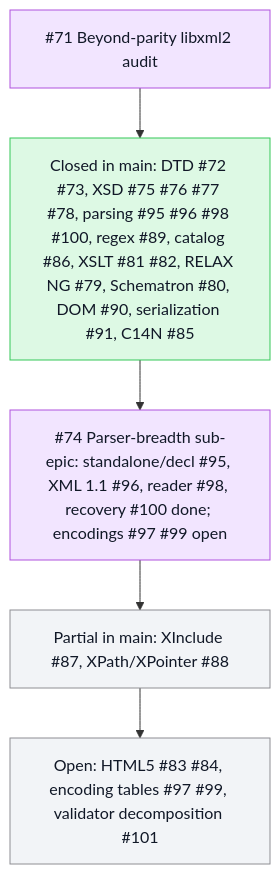
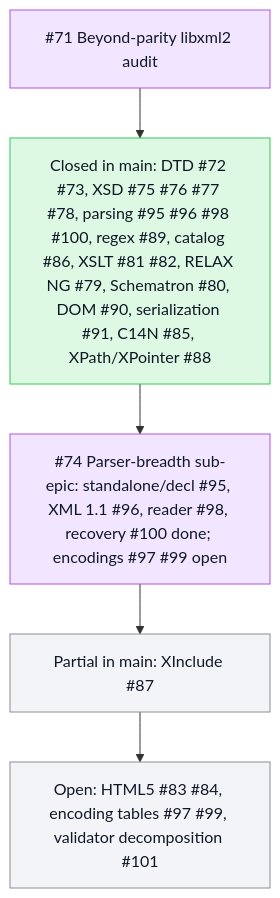
One commit to mihaelamj/PureXML changed the second of 2 diagrams in README.md. Above: the diagram before and after it, drawn with Mermaid. The commit also changed other lines of this file and 4 other files, not shown here.

````diff
--- a/README.md
+++ b/README.md
@@ -73,16 +73,16 @@
 ```mermaid
 flowchart TB
   classDef done fill:#ddf9e4,stroke:#34c759,color:#111827
   classDef review fill:#fff7d6,stroke:#ffcc00,color:#111827
   classDef epic fill:#f2e5ff,stroke:#af52de,color:#111827
   classDef todo fill:#f2f4f7,stroke:#8e8e93,color:#111827
   Epic71["#71 Beyond-parity libxml2 audit"]:::epic
-  AuditDone["Closed in main: DTD #72 #73, XSD #75 #76 #77 #78, parsing #95 #96 #98 #100, regex #89, catalog #86, XSLT #81 #82, RELAX NG #79, Schematron #80, DOM #90, serialization #91, C14N #85"]:::done
+  AuditDone["Closed in main: DTD #72 #73, XSD #75 #76 #77 #78, parsing #95 #96 #98 #100, regex #89, catalog #86, XSLT #81 #82, RELAX NG #79, Schematron #80, DOM #90, serialization #91, C14N #85, XPath/XPointer #88"]:::done
   Epic74["#74 Parser-breadth sub-epic: standalone/decl #95, XML 1.1 #96, reader #98, recovery #100 done; encodings #97 #99 open"]:::epic
-  Partial["Partial in main: XInclude #87, XPath/XPointer #88"]:::todo
+  Partial["Partial in main: XInclude #87"]:::todo
   Open["Open: HTML5 #83 #84, encoding tables #97 #99, validator decomposition #101"]:::todo
   Epic71 --> AuditDone
   AuditDone --> Epic74
   Epic74 --> Partial
   Partial --> Open
 ```
````
